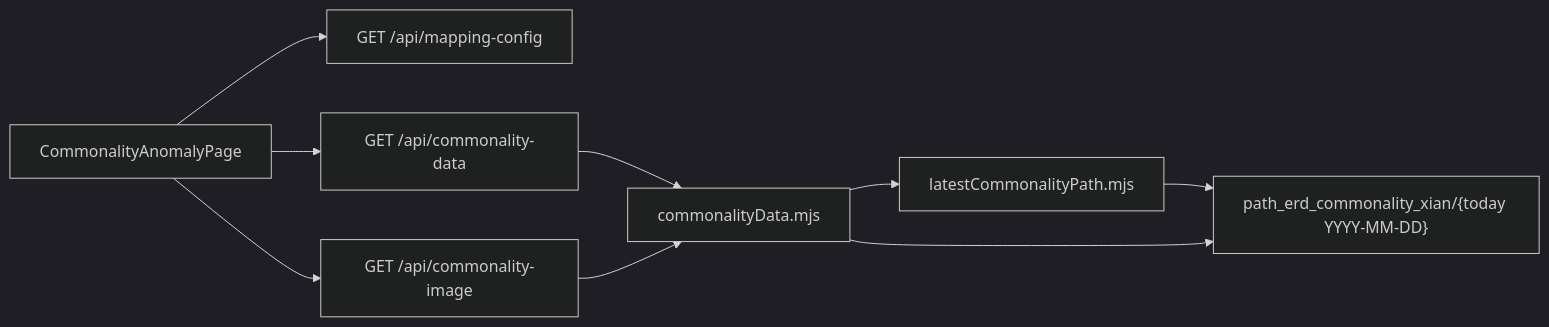
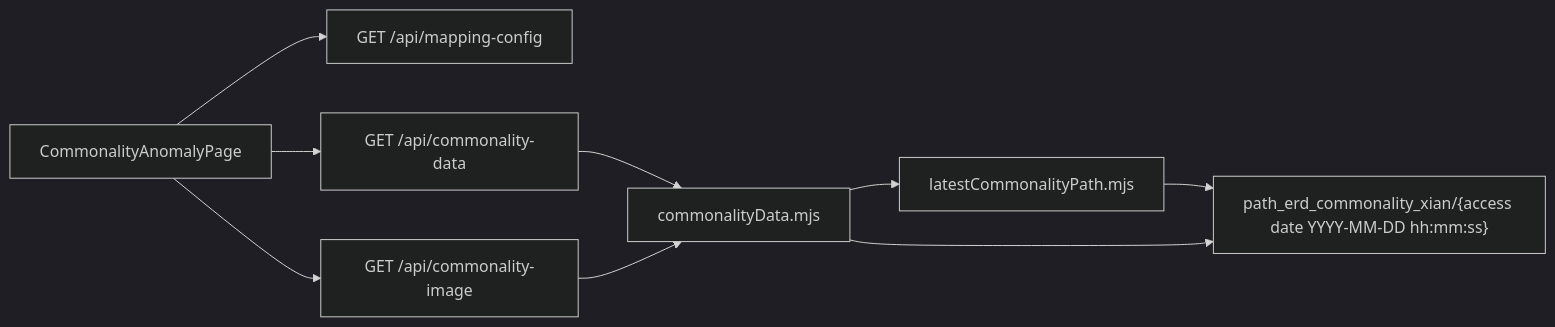
Before and after one commit to mlbarod/l0_spider_scs: the seventh of 12 diagrams in web_structure.md, drawn with Mermaid (dark theme). The commit also changed other lines of this file and 9 other files, not shown here.

````diff
--- a/web_structure.md
+++ b/web_structure.md
@@ -367,14 +367,14 @@
 ```mermaid
 flowchart LR
     PAGE["CommonalityAnomalyPage"]
     MAPAPI["GET /api/mapping-config"]
     DATAAPI["GET /api/commonality-data"]
     NODE["commonalityData.mjs"]
     LATEST["latestCommonalityPath.mjs"]
-    ROOT["path_erd_commonality_xian/{today YYYY-MM-DD}"]
+    ROOT["path_erd_commonality_xian/{access date YYYY-MM-DD hh:mm:ss}"]
     IMGAPI["GET /api/commonality-image"]
 
     PAGE --> MAPAPI
     PAGE --> DATAAPI --> NODE --> LATEST --> ROOT
     PAGE --> IMGAPI --> NODE --> ROOT
 ```
````
